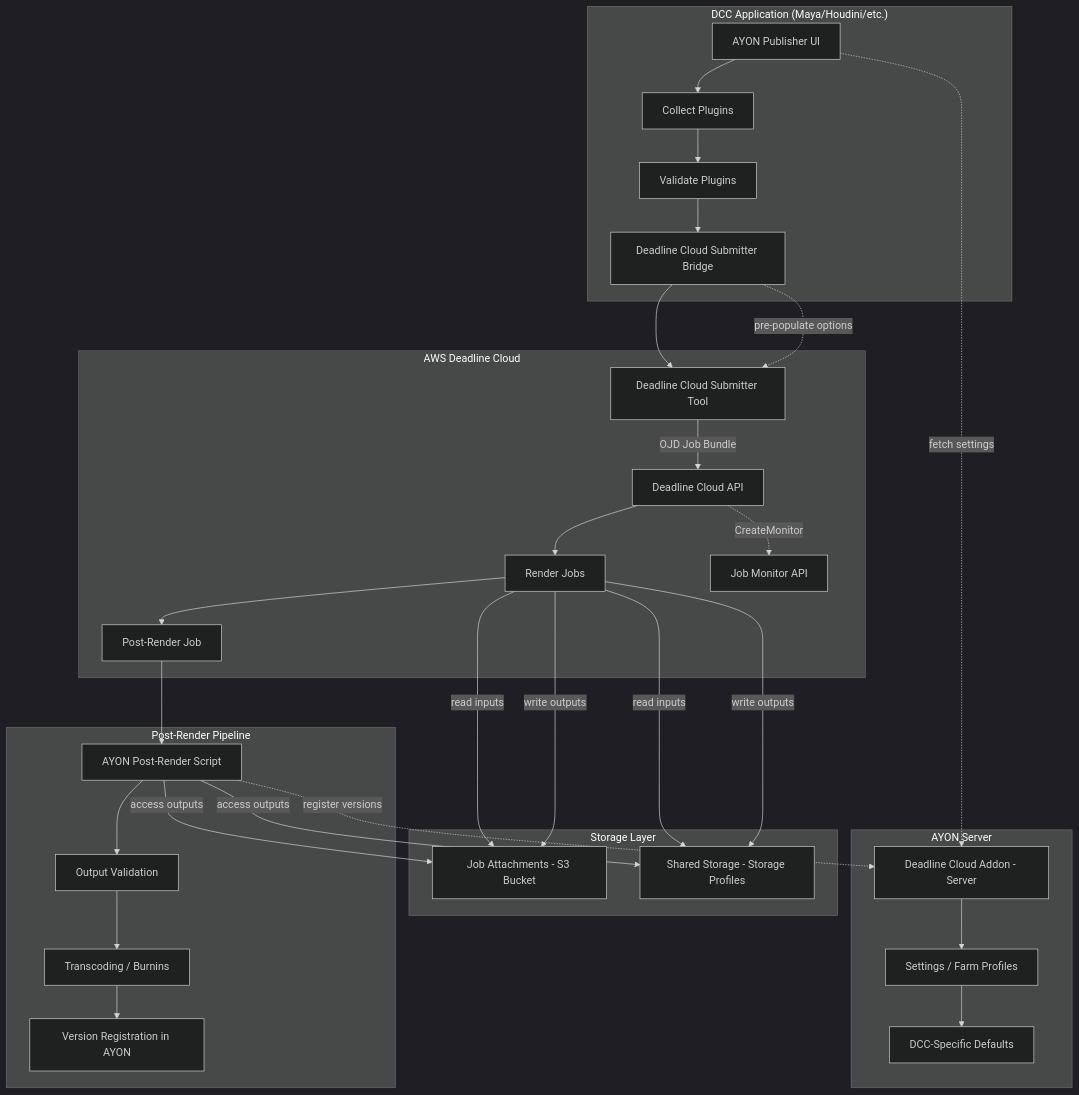
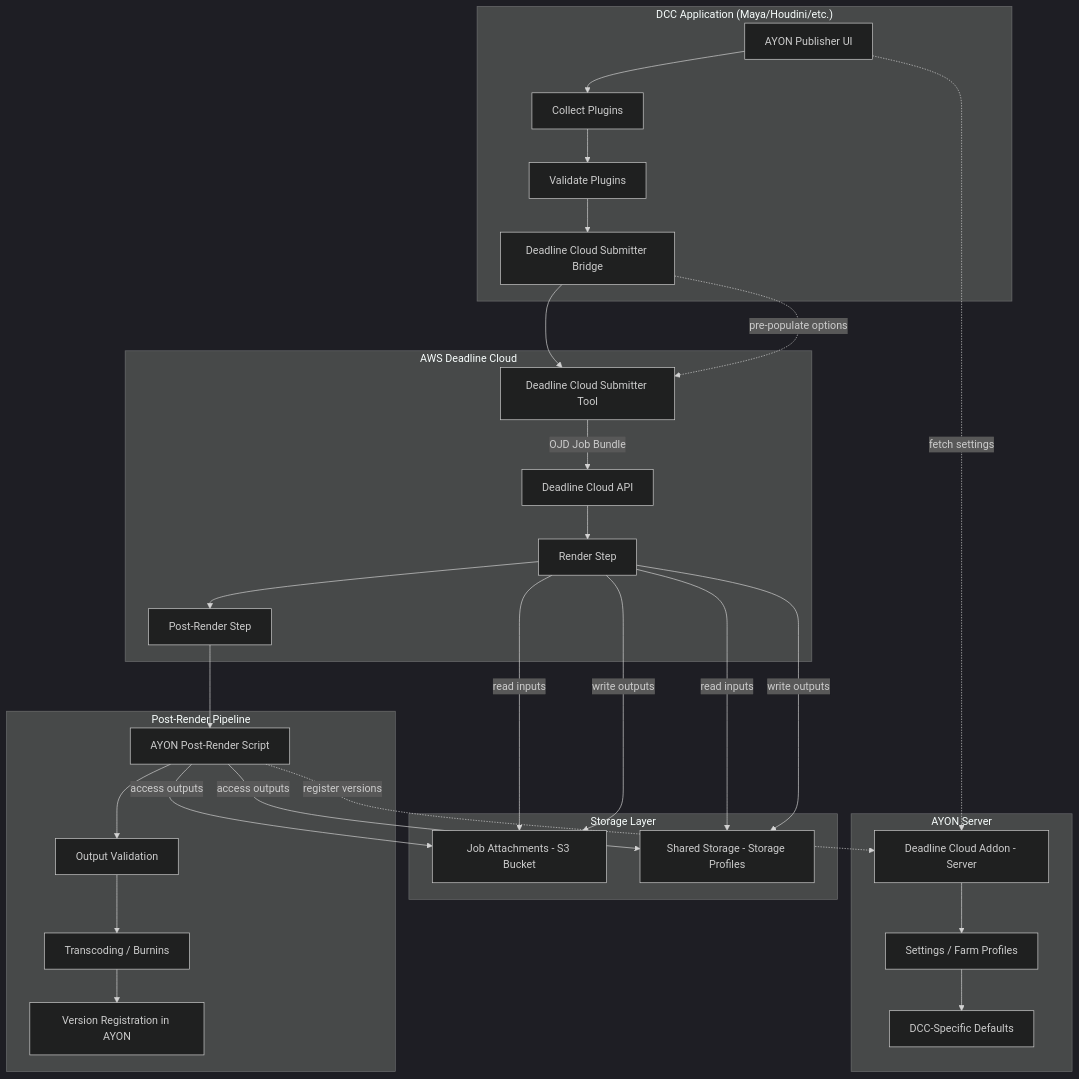
Before and after one commit to leon-li-inspire/ayon-deadline-cloud: the first of 3 diagrams in .kiro/specs/deadline-cloud-integration/design.md, drawn with Mermaid (dark theme). The commit also changed other lines of this file, not shown here.

````diff
--- a/.kiro/specs/deadline-cloud-integration/design.md
+++ b/.kiro/specs/deadline-cloud-integration/design.md
@@ -27,43 +27,42 @@
 ```mermaid
 graph TD
     subgraph "DCC Application (Maya/Houdini/etc.)"
         A[AYON Publisher UI] --> B[Collect Plugins]
         B --> C[Validate Plugins]
         C --> D[Deadline Cloud Submitter Bridge]
     end
 
     subgraph "AYON Server"
         E[Deadline Cloud Addon - Server] --> F[Settings / Farm Profiles]
         F --> G[DCC-Specific Defaults]
     end
 
     subgraph "Storage Layer"
         S1[Job Attachments - S3 Bucket]
         S2[Shared Storage - Storage Profiles]
     end
 
     subgraph "AWS Deadline Cloud"
         D --> H[Deadline Cloud Submitter Tool]
         H -->|OJD Job Bundle| I[Deadline Cloud API]
-        I --> J[Render Jobs]
-        J --> K[Post-Render Job]
-        I -.->|CreateMonitor| MON[Job Monitor API]
+        I --> J[Render Step]
+        J --> K[Post-Render Step]
     end
 
     subgraph "Post-Render Pipeline"
         K --> L[AYON Post-Render Script]
         L --> M[Output Validation]
         M --> N[Transcoding / Burnins]
         N --> O[Version Registration in AYON]
     end
 
     A -.->|fetch settings| E
     D -.->|pre-populate options| H
     J -->|read inputs| S1
     J -->|read inputs| S2
     J -->|write outputs| S1
     J -->|write outputs| S2
     L -->|access outputs| S1
     L -->|access outputs| S2
     L -.->|register versions| E
 ```
````
